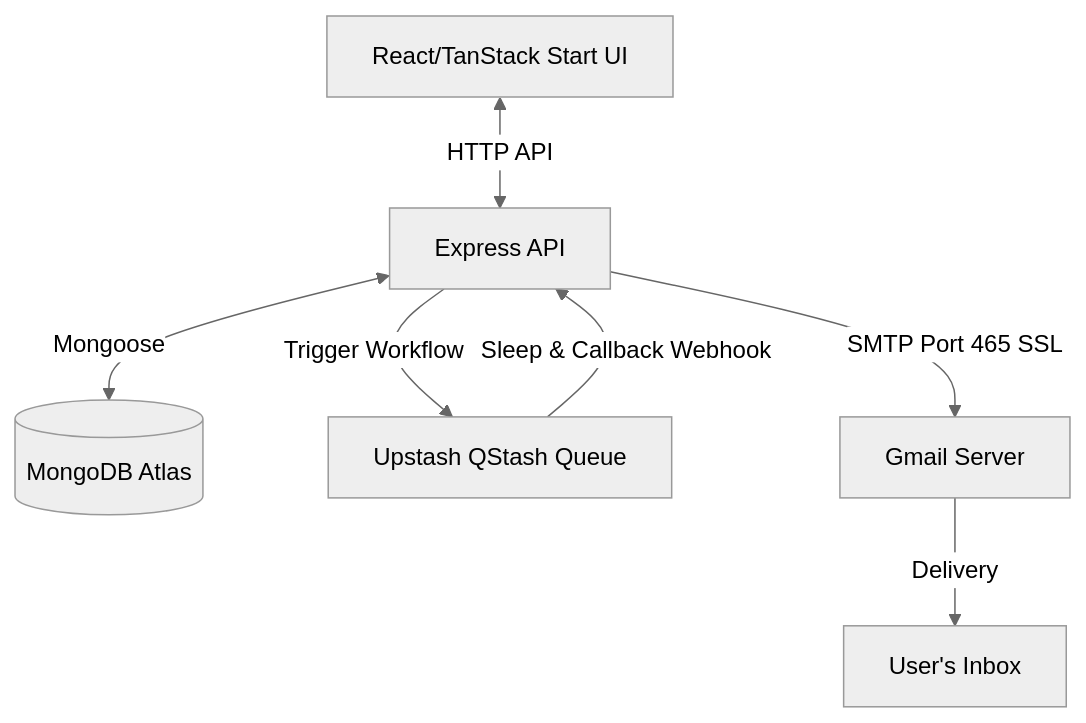
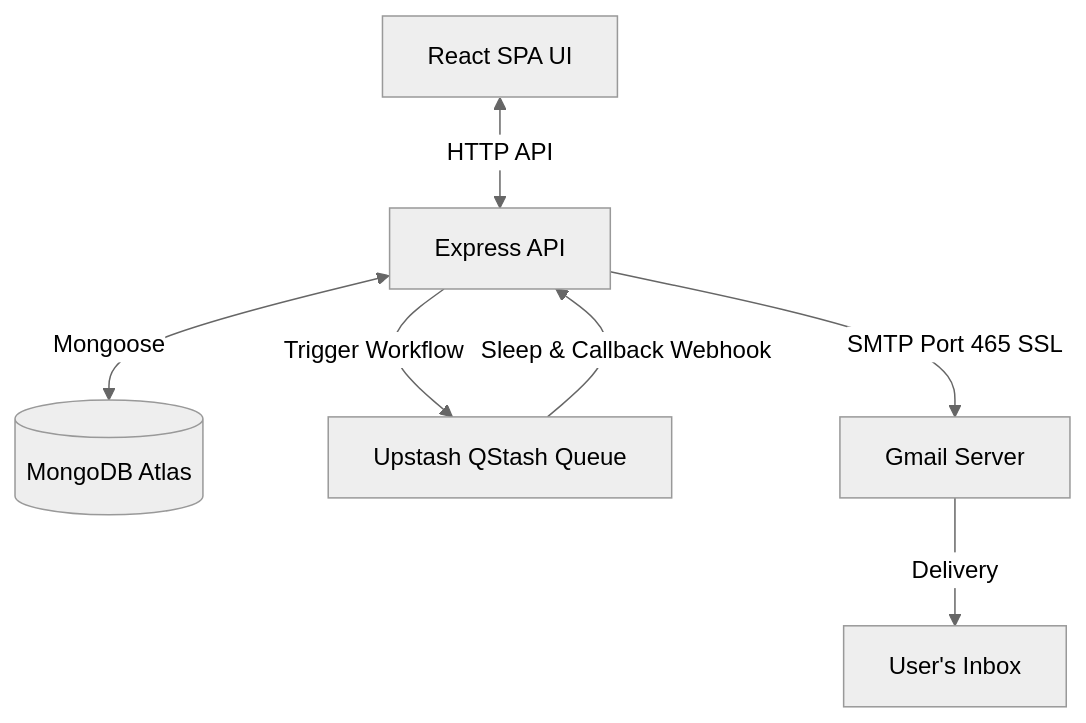
One commit to Pratham23003/renewly changed the diagram in README.md. Above: the diagram before and after it, drawn with Mermaid (neutral theme). The commit also changed other lines of this file and 1 other file, not shown here.

````diff
--- a/README.md
+++ b/README.md
@@ -31,9 +31,9 @@
 ```mermaid
 graph TD
-    Client[React/TanStack Start UI] <-->|HTTP API| Backend[Express API]
+    Client[React SPA UI] <-->|HTTP API| Backend[Express API]
     Backend <-->|Mongoose| MongoDB[(MongoDB Atlas)]
     Backend -->|Trigger Workflow| QStash[Upstash QStash Queue]
     QStash -->|Sleep & Callback Webhook| Backend
     Backend -->|SMTP Port 465 SSL| Gmail[Gmail Server]
     Gmail -->|Delivery| UserInbox[User's Inbox]
 ```
````
